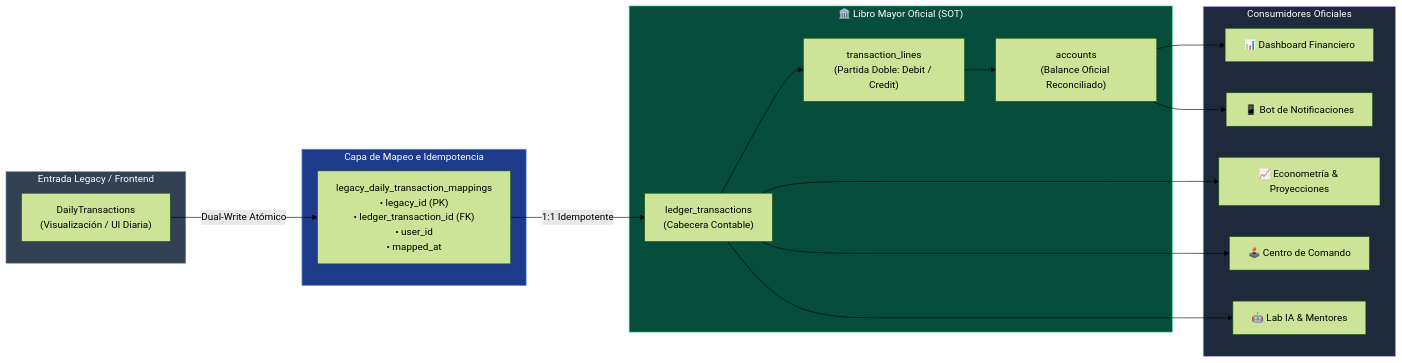
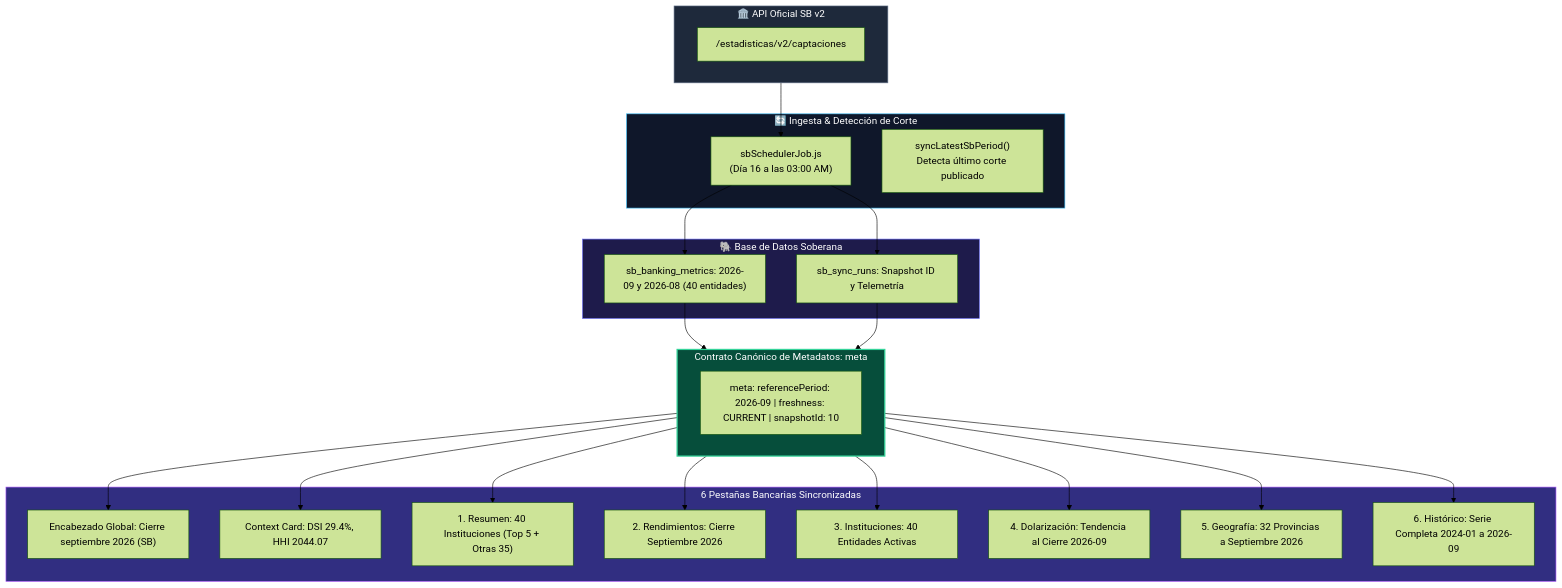
The sixth of 6 diagrams in README.md (YoxeLaunch/MagnusOS2), drawn with Mermaid (forest theme) before and after one commit. The commit also changed other lines of this file, not shown here.

Commit message:
docs: restructure README with architectural epochs, Phase II consolidation, and dynamic SB contract

````diff
--- a/README.md
+++ b/README.md
@@ -196,40 +371,51 @@
 ```mermaid
-flowchart LR
-    subgraph LegacyEntry ["Entrada Legacy / Frontend"]
-        DT["DailyTransactions<br/>(Visualización / UI Diaria)"]
+flowchart TD
+    subgraph SB_API ["🏛️ API Oficial SB v2"]
+        SB_Endpoint["/estadisticas/v2/captaciones"]
     end
 
-    subgraph MappingLayer ["Capa de Mapeo e Idempotencia"]
-        Map["legacy_daily_transaction_mappings<br/>• legacy_id (PK)<br/>• ledger_transaction_id (FK)<br/>• user_id<br/>• mapped_at"]
+    subgraph SB_Sync ["🔄 Ingesta & Detección de Corte"]
+        SyncJob["sbSchedulerJob.js<br/>(Día 16 a las 03:00 AM)"]
+        CheckLast["syncLatestSbPeriod()<br/>Detecta último corte publicado"]
     end
 
-    subgraph LedgerOfficial ["🏛️ Libro Mayor Oficial (SOT)"]
-        LT["ledger_transactions<br/>(Cabecera Contable)"]
-        TL["transaction_lines<br/>(Partida Doble: Debit / Credit)"]
-        ACC["accounts<br/>(Balance Oficial Reconciliado)"]
-        LT --> TL
-        TL --> ACC
+    subgraph Database ["🐘 Base de Datos Soberana"]
+        Records["sb_banking_metrics: 2026-09 y 2026-08 (40 entidades)"]
+        Runs["sb_sync_runs: Snapshot ID y Telemetría"]
     end
 
-    DT -->|"Dual-Write Atómico"| Map
-    Map -->|"1:1 Idempotente"| LT
-
-    subgraph ConsumerServices ["Consumidores Oficiales"]
-        Dashboard["📊 Dashboard Financiero"]
-        Econometrics["📈 Econometría & Proyecciones"]
-        Command["🕹️ Centro de Comando"]
-        AI["🤖 Lab IA & Mentores"]
-        Telegram["📱 Bot de Notificaciones"]
+    subgraph TemporalContract ["Contrato Canónico de Metadatos: meta"]
+        MetaObj["meta: referencePeriod: 2026-09 | freshness: CURRENT | snapshotId: 10"]
     end
 
-    ACC --> Dashboard
-    LT --> Econometrics
-    LT --> Command
-    LT --> AI
-    ACC --> Telegram
+    subgraph FrontendTabs ["6 Pestañas Bancarias Sincronizadas"]
+        Header["Encabezado Global: Cierre septiembre 2026 (SB)"]
+        Card["Context Card: DSI 29.4%, HHI 2044.07"]
+        Tab1["1. Resumen: 40 Instituciones (Top 5 + Otras 35)"]
+        Tab2["2. Rendimientos: Cierre Septiembre 2026"]
+        Tab3["3. Instituciones: 40 Entidades Activas"]
+        Tab4["4. Dolarización: Tendencia al Cierre 2026-09"]
+        Tab5["5. Geografía: 32 Provincias a Septiembre 2026"]
+        Tab6["6. Histórico: Serie Completa 2024-01 a 2026-09"]
+    end
 
-    style LegacyEntry fill:#334155,stroke:#94a3b8,color:#fff
-    style MappingLayer fill:#1e3a8a,stroke:#60a5fa,color:#fff
-    style LedgerOfficial fill:#064e3b,stroke:#34d399,color:#fff
-    style ConsumerServices fill:#1e293b,stroke:#a78bfa,color:#fff
+    SB_API --> SyncJob
+    SyncJob --> Records
+    SyncJob --> Runs
+    Records --> TemporalContract
+    Runs --> TemporalContract
+    TemporalContract --> Header
+    TemporalContract --> Card
+    TemporalContract --> Tab1
+    TemporalContract --> Tab2
+    TemporalContract --> Tab3
+    TemporalContract --> Tab4
+    TemporalContract --> Tab5
+    TemporalContract --> Tab6
+
+    style SB_API fill:#1e293b,stroke:#64748b,color:#fff
+    style SB_Sync fill:#0f172a,stroke:#38bdf8,color:#fff
+    style Database fill:#1e1b4b,stroke:#6366f1,color:#fff
+    style TemporalContract fill:#064e3b,stroke:#34d399,stroke-width:2px,color:#fff
+    style FrontendTabs fill:#312e81,stroke:#a855f7,color:#fff
 ```
````
